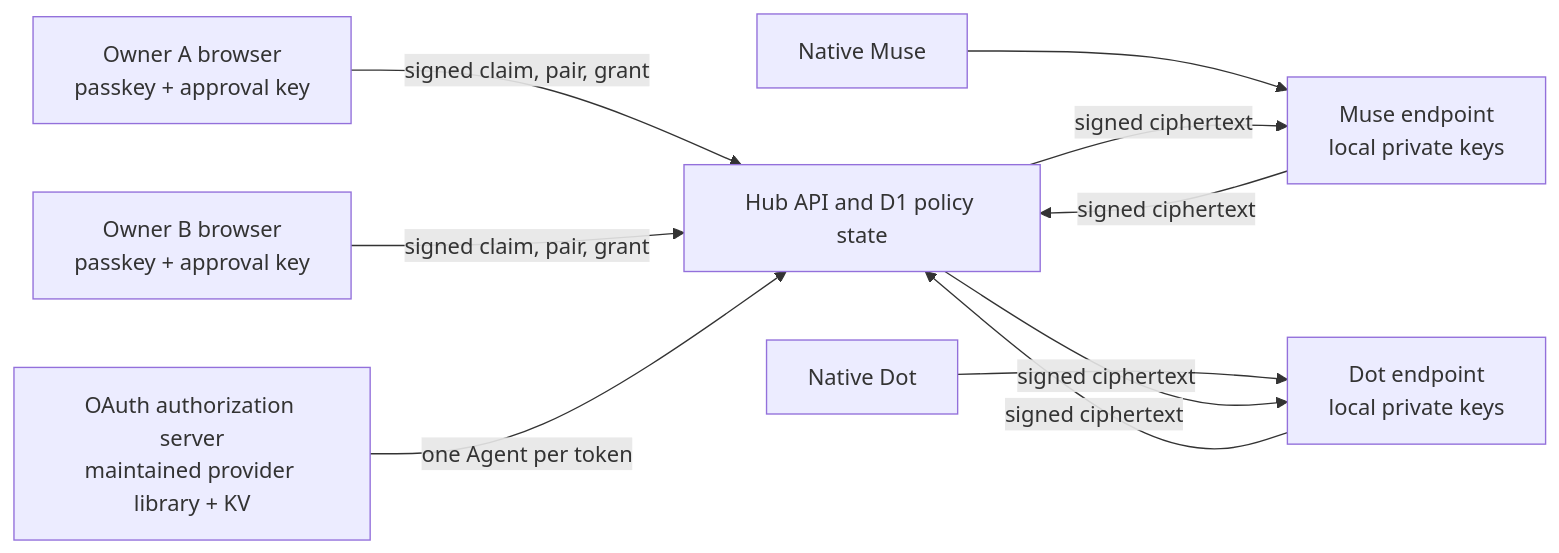
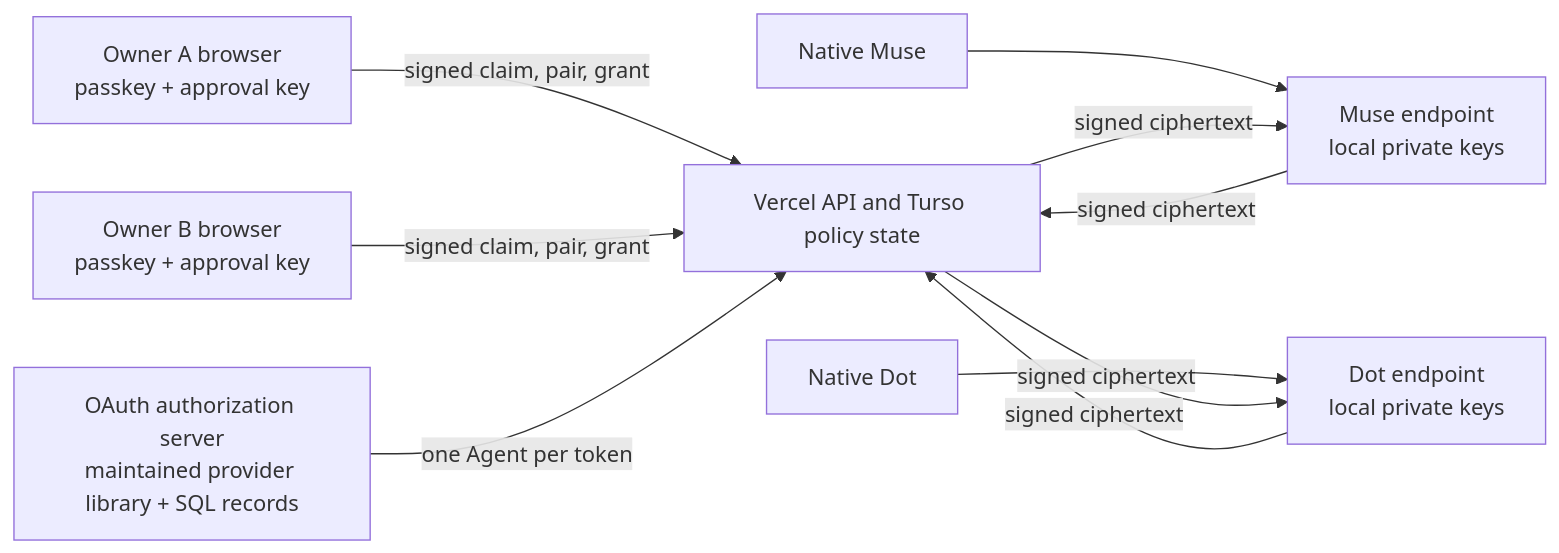
Before and after one commit to Caleb0796/agent-hub-eng: the diagram in docs/ARCHITECTURE.md, drawn with Mermaid. The commit also changed other lines of this file and 47 other files, not shown here.

Commit message:
Migrate hosted alpha to Vercel and Turso

````diff
--- a/docs/ARCHITECTURE.md
+++ b/docs/ARCHITECTURE.md
@@ -7,12 +7,12 @@
 ```mermaid
 flowchart LR
-  OA[Owner A browser<br/>passkey + approval key] -->|signed claim, pair, grant| H[Hub API and D1 policy state]
+  OA[Owner A browser<br/>passkey + approval key] -->|signed claim, pair, grant| H[Vercel API and Turso policy state]
   OB[Owner B browser<br/>passkey + approval key] -->|signed claim, pair, grant| H
   D[Native Dot] --> EA[Dot endpoint<br/>local private keys]
   M[Native Muse] --> EB[Muse endpoint<br/>local private keys]
   EA -->|signed ciphertext| H
   H -->|signed ciphertext| EB
   EB -->|signed ciphertext| H
   H -->|signed ciphertext| EA
-  A[OAuth authorization server<br/>maintained provider library + KV] -->|one Agent per token| H
+  A[OAuth authorization server<br/>maintained provider library + SQL records] -->|one Agent per token| H
 ```
````
